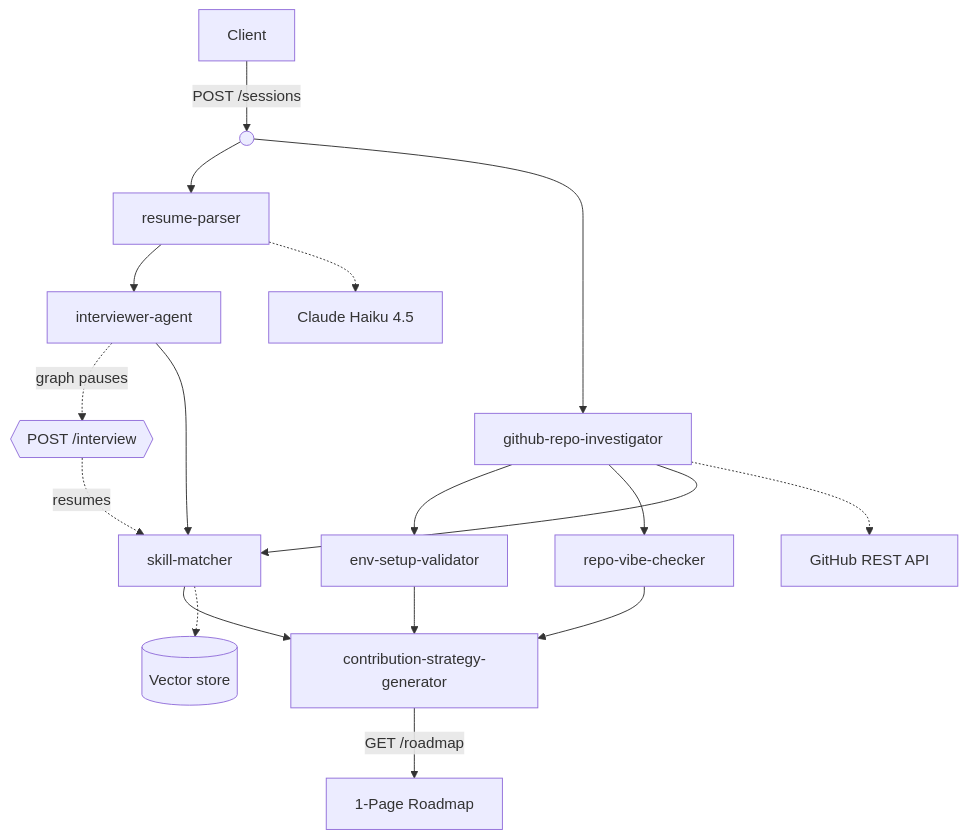
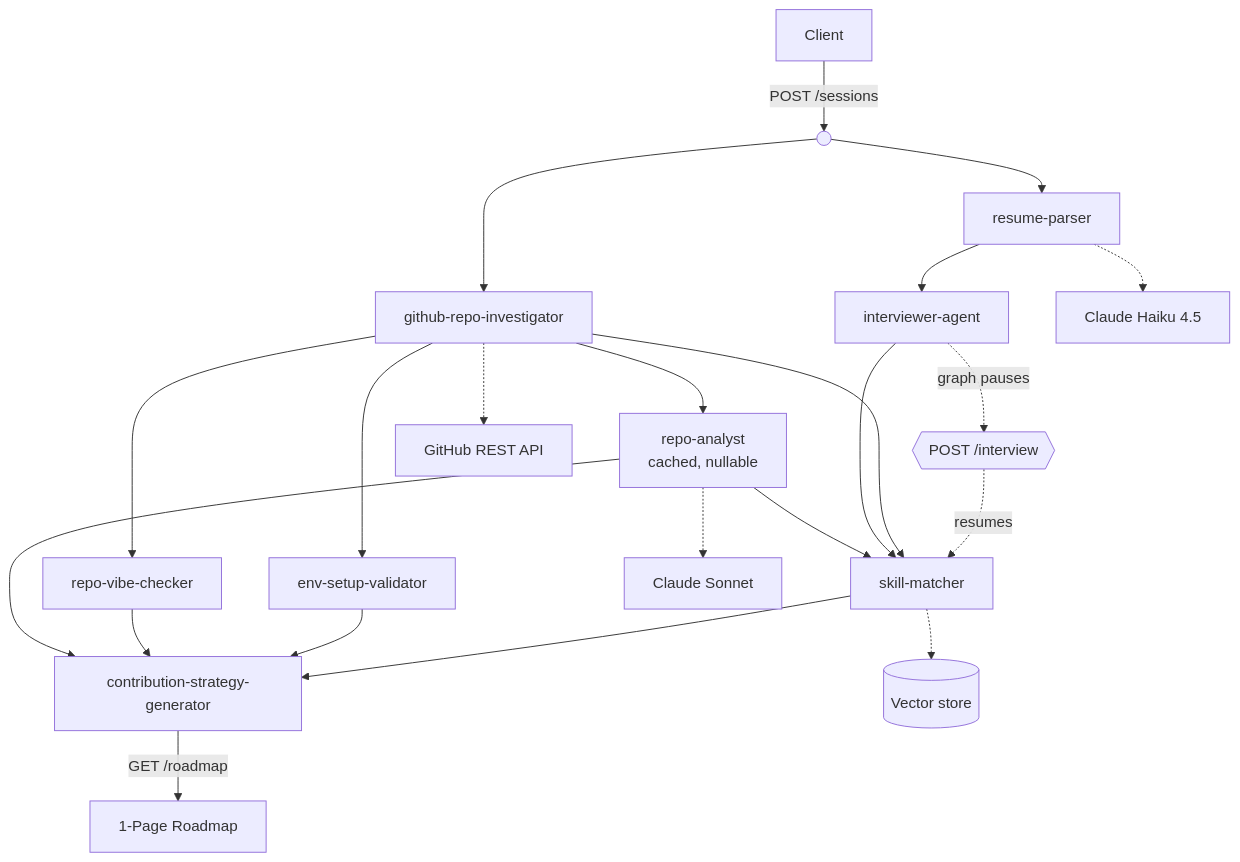
One commit to rvishravars/pocket-oss-agent changed the first of 3 diagrams in README.md. Above: the diagram before and after it, drawn with Mermaid. The commit also changed other lines of this file and 36 other files, not shown here.

First line of the commit message:
feat: add offline repo-analyst agent and wire it into skill-matcher and roadmap generation

````diff
--- a/README.md
+++ b/README.md
@@ -53,24 +53,28 @@
 ```mermaid
 graph TD
     Client[Client] -->|POST /sessions| Start(( ))
     Start --> Parse[resume-parser]
     Start --> Inv[github-repo-investigator]
 
     Parse --> Intv[interviewer-agent]
     Intv -.->|graph pauses| Wait{{POST /interview}}
     Wait -.->|resumes| Match
 
+    Inv --> Analyst[repo-analyst<br/>cached, nullable]
     Inv --> Setup[env-setup-validator]
     Inv --> Vibe[repo-vibe-checker]
     Inv --> Match[skill-matcher]
     Intv --> Match
+    Analyst --> Match
 
     Match --> Road[contribution-strategy-generator]
     Setup --> Road
     Vibe --> Road
+    Analyst --> Road
     Road -->|GET /roadmap| Output[1-Page Roadmap]
 
     Parse -.-> LLM[Claude Haiku 4.5]
+    Analyst -.-> Sonnet[Claude Sonnet]
     Inv -.-> GH[GitHub REST API]
     Match -.-> Vec[(Vector store)]
 ```
````
